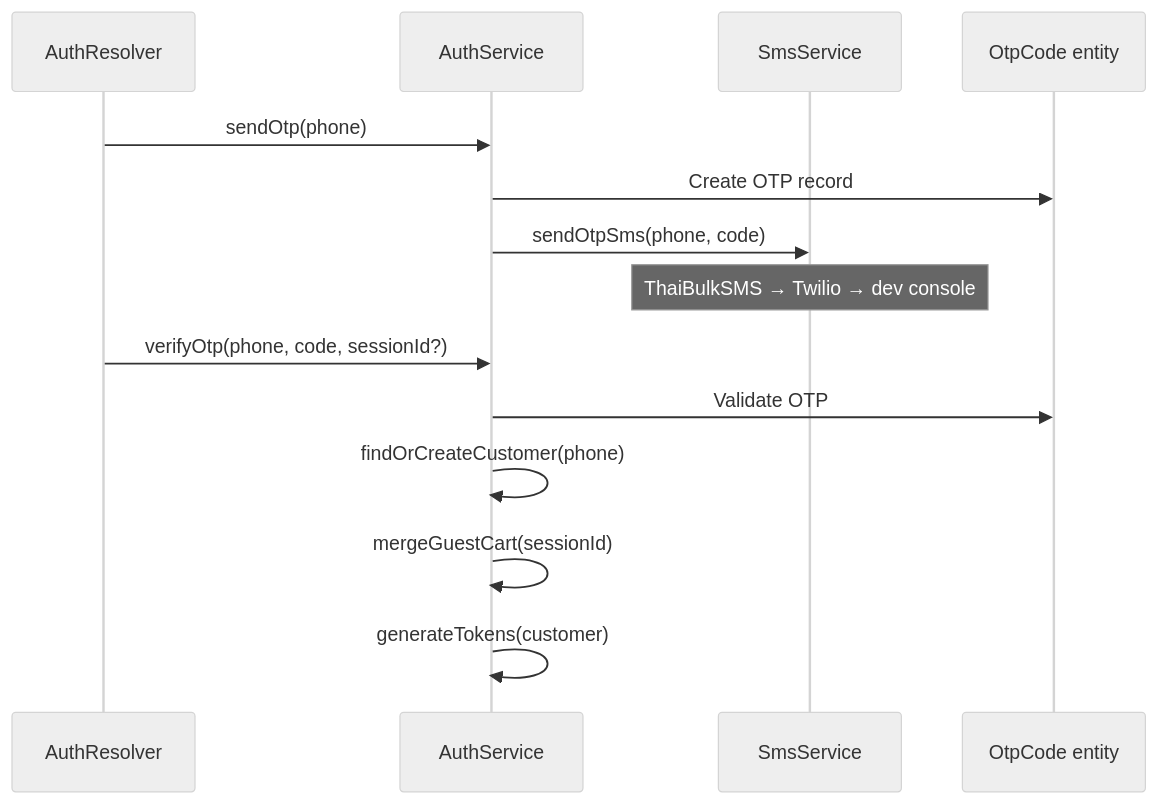
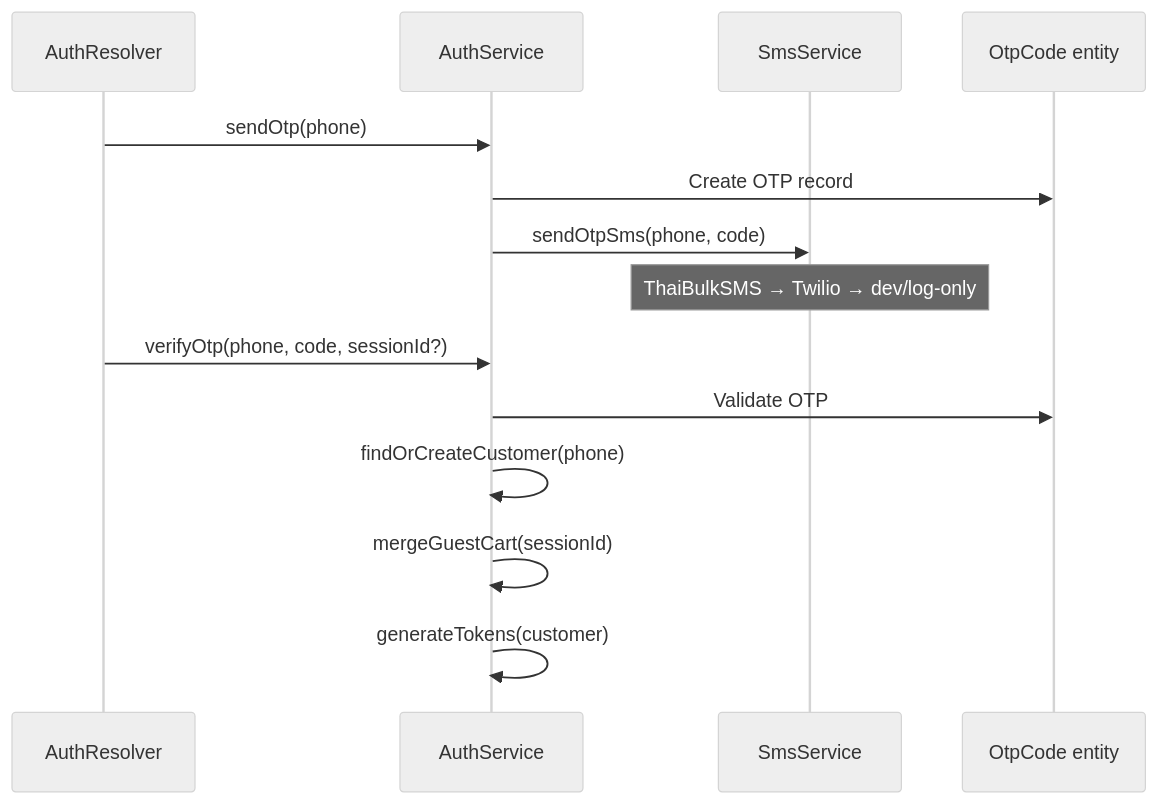
The diagram in docs/authentication.md (SOPet-Co-Ltd/new-sopet-backend), drawn with Mermaid (neutral theme) before and after one commit. The commit also changed other lines of this file and 20 other files, not shown here.

````diff
--- a/docs/authentication.md
+++ b/docs/authentication.md
@@ -15,18 +15,18 @@
 ```mermaid
 sequenceDiagram
   participant R as AuthResolver
   participant S as AuthService
   participant SMS as SmsService
   participant DB as OtpCode entity
 
   R->>S: sendOtp(phone)
   S->>DB: Create OTP record
   S->>SMS: sendOtpSms(phone, code)
-  Note over SMS: ThaiBulkSMS → Twilio → dev console
+  Note over SMS: ThaiBulkSMS → Twilio → dev/log-only
 
   R->>S: verifyOtp(phone, code, sessionId?)
   S->>DB: Validate OTP
   S->>S: findOrCreateCustomer(phone)
   S->>S: mergeGuestCart(sessionId)
   S->>S: generateTokens(customer)
 ```
````
